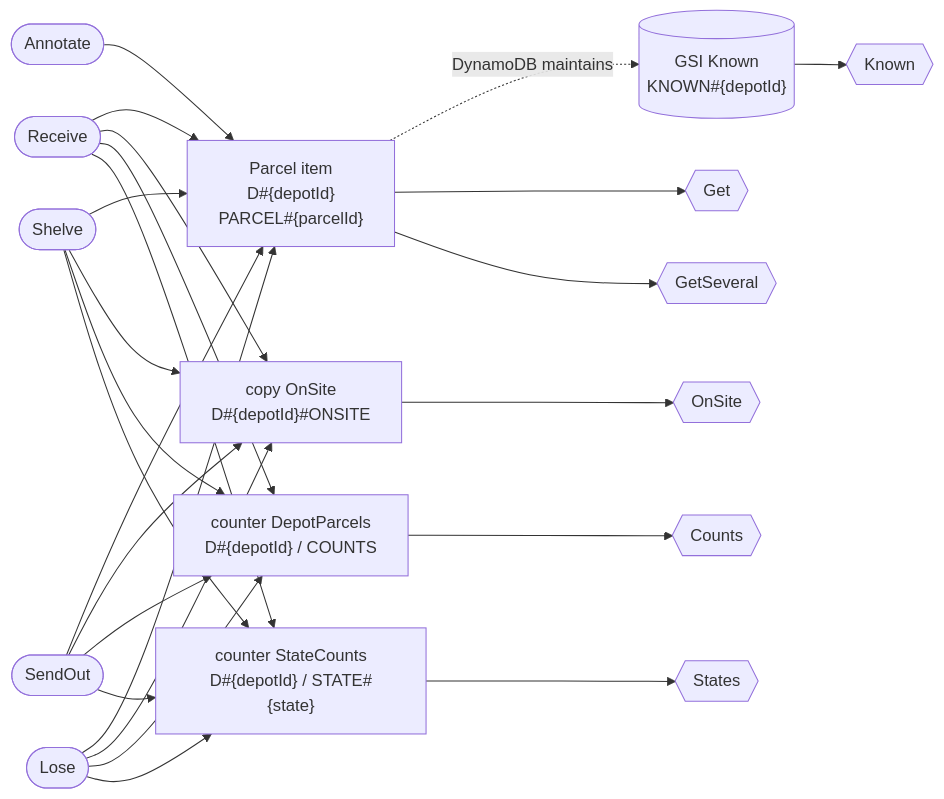
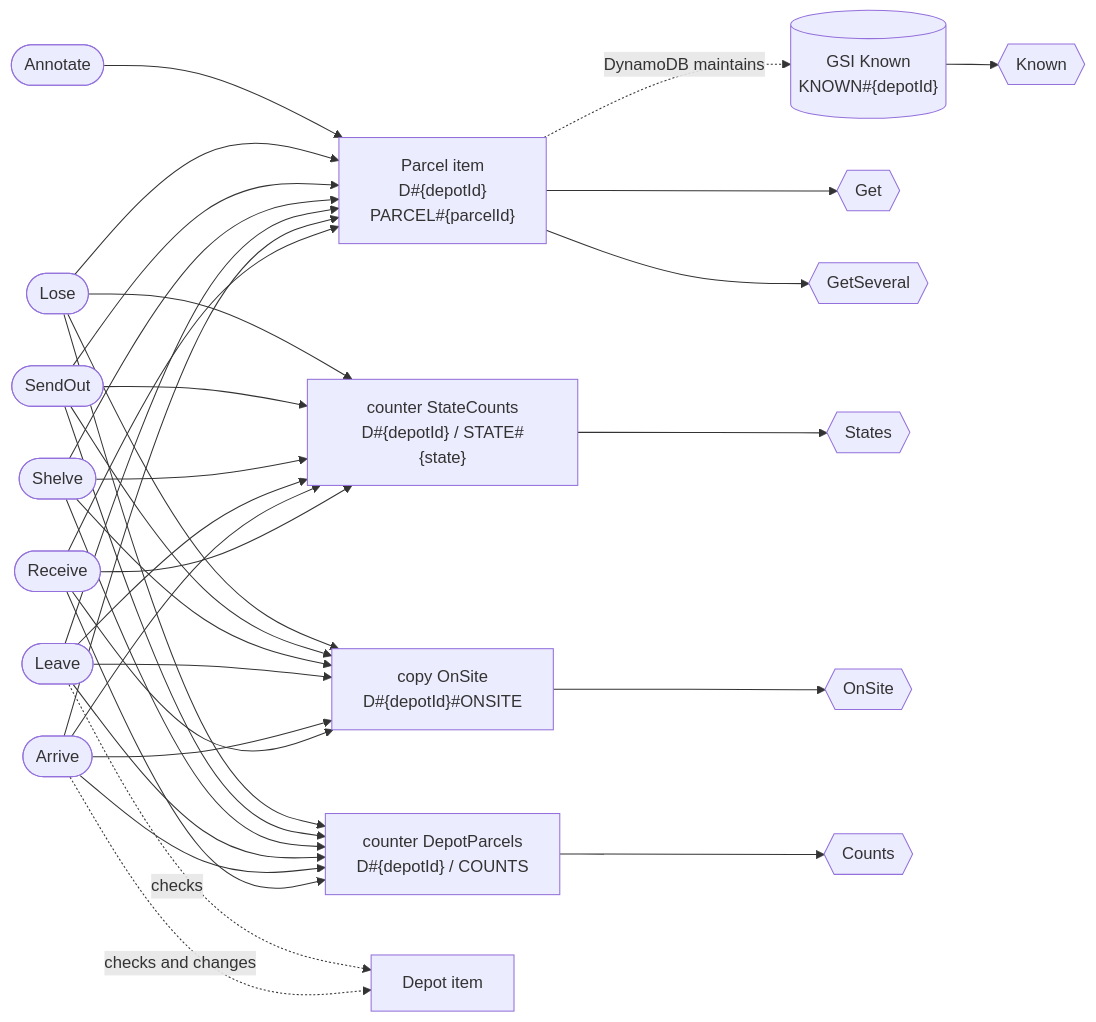
Before and after one commit to nicklanng/dynago: the seventh of 8 diagrams in internal/e2e/fixture/fixture.model.md, drawn with Mermaid. The commit also changed other lines of this file and 21 other files, not shown here.

````diff
--- a/internal/e2e/fixture/fixture.model.md
+++ b/internal/e2e/fixture/fixture.model.md
@@ -383,31 +412,39 @@
 ```mermaid
 flowchart LR
   item_Parcel["Parcel item<br/>D#35;{depotId}<br/>PARCEL#35;{parcelId}"]
   ix_OnSite["copy OnSite<br/>D#35;{depotId}#35;ONSITE"]
   ix_Known[("GSI Known<br/>KNOWN#35;{depotId}")]
   item_Parcel -. DynamoDB maintains .-> ix_Known
   counter_DepotParcels["counter DepotParcels<br/>D#35;{depotId} / COUNTS"]
   counter_StateCounts["counter StateCounts<br/>D#35;{depotId} / STATE#35;{state}"]
   w_Receive(["Receive"])
   w_Receive --> item_Parcel & ix_OnSite & counter_DepotParcels & counter_StateCounts
+  w_Arrive(["Arrive"])
+  w_Arrive --> item_Parcel & ix_OnSite & counter_DepotParcels & counter_StateCounts
+  other_Depot["Depot item"]
+  w_Arrive -. checks and changes .-> other_Depot
+  w_Leave(["Leave"])
+  w_Leave --> item_Parcel & ix_OnSite & counter_DepotParcels & counter_StateCounts
+  other_Depot["Depot item"]
+  w_Leave -. checks .-> other_Depot
   w_Shelve(["Shelve"])
   w_Shelve --> item_Parcel & ix_OnSite & counter_DepotParcels & counter_StateCounts
   w_SendOut(["SendOut"])
   w_SendOut --> item_Parcel & ix_OnSite & counter_DepotParcels & counter_StateCounts
   w_Lose(["Lose"])
   w_Lose --> item_Parcel & ix_OnSite & counter_DepotParcels & counter_StateCounts
   w_Annotate(["Annotate"])
   w_Annotate --> item_Parcel
   r_Get{{"Get"}}
   item_Parcel --> r_Get
   r_GetSeveral{{"GetSeveral"}}
   item_Parcel --> r_GetSeveral
   r_States{{"States"}}
   counter_StateCounts --> r_States
   r_OnSite{{"OnSite"}}
   ix_OnSite --> r_OnSite
   r_Known{{"Known"}}
   ix_Known --> r_Known
   r_Counts{{"Counts"}}
   counter_DepotParcels --> r_Counts
 ```
````
